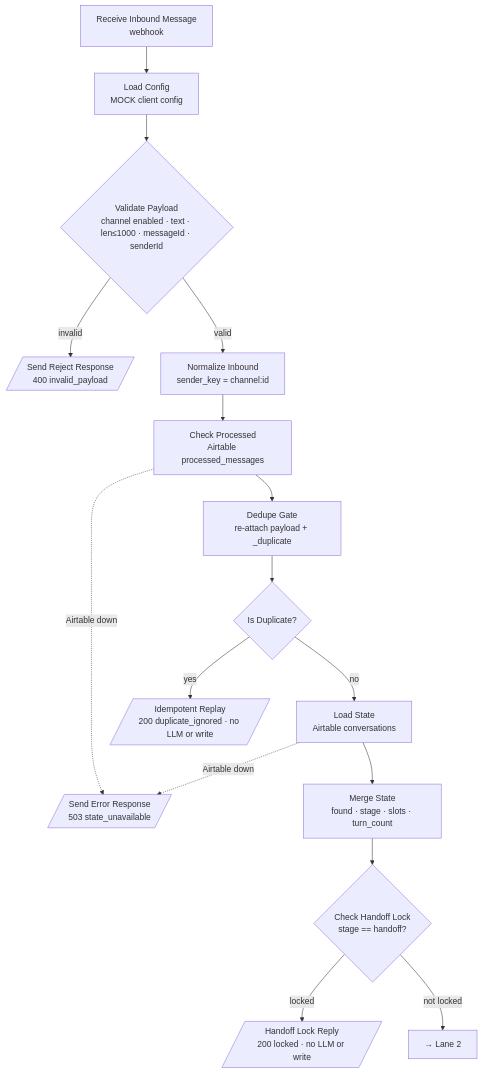
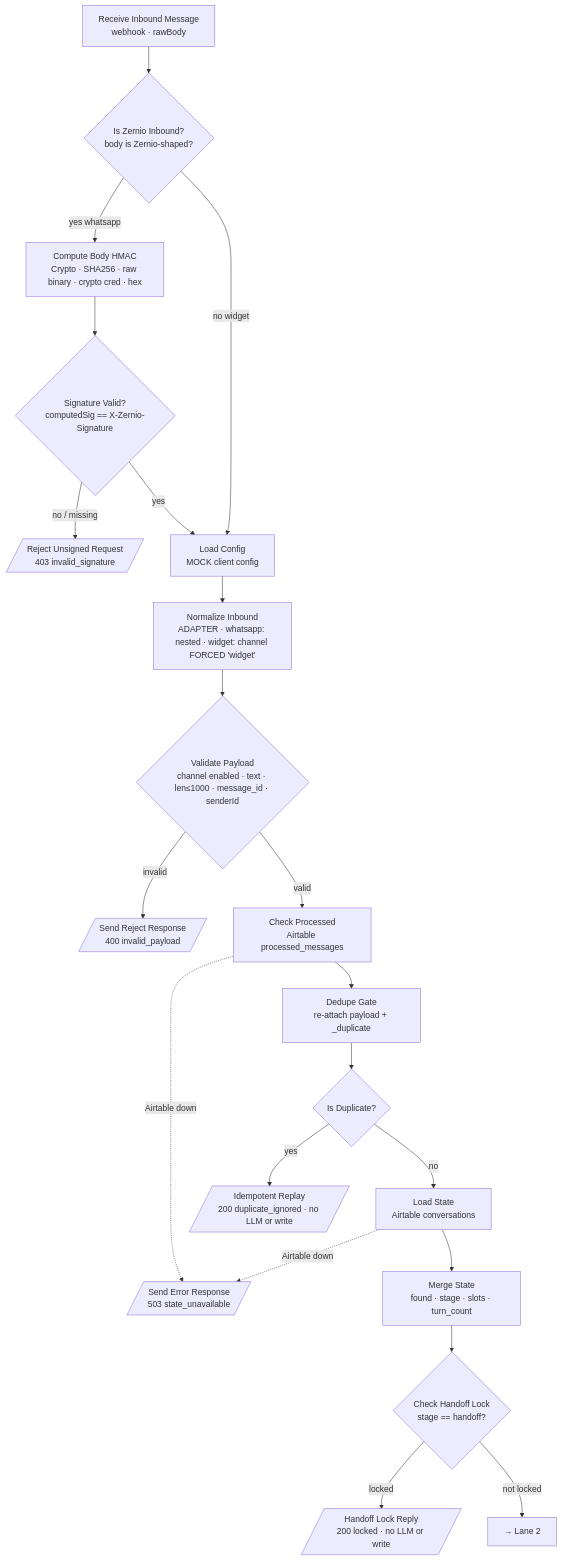
The second of 10 diagrams in docs/FLOW-DIAGRAM.md (Neeidy/salon-booking-bot), drawn with Mermaid before and after one commit. The commit also changed other lines of this file and 4 other files, not shown here.

````diff
--- a/docs/FLOW-DIAGRAM.md
+++ b/docs/FLOW-DIAGRAM.md
@@ -39,18 +39,23 @@
 ```mermaid
 flowchart TD
-  WH[Receive Inbound Message<br/>webhook] --> LC[Load Config<br/>MOCK client config]
-  LC --> VP{Validate Payload<br/>channel enabled · text · len≤1000 · messageId · senderId}
+  WH[Receive Inbound Message<br/>webhook · rawBody] --> IZ{Is Zernio Inbound?<br/>body is Zernio-shaped?}
+  IZ -->|yes whatsapp| HM[Compute Body HMAC<br/>Crypto · SHA256 · raw binary · crypto cred · hex]
+  HM --> SV{Signature Valid?<br/>computedSig == X-Zernio-Signature}
+  SV -->|no / missing| RU[/Reject Unsigned Request<br/>403 invalid_signature/]
+  SV -->|yes| LC[Load Config<br/>MOCK client config]
+  IZ -->|no widget| LC
+  LC --> NORM[Normalize Inbound<br/>ADAPTER · whatsapp: nested · widget: channel FORCED 'widget']
+  NORM --> VP{Validate Payload<br/>channel enabled · text · len≤1000 · message_id · senderId}
   VP -->|invalid| REJ[/Send Reject Response<br/>400 invalid_payload/]
-  VP -->|valid| NORM[Normalize Inbound<br/>sender_key = channel:id]
-  NORM --> CP[Check Processed<br/>Airtable processed_messages]
+  VP -->|valid| CP[Check Processed<br/>Airtable processed_messages]
   CP -.->|Airtable down| ERR[/Send Error Response<br/>503 state_unavailable/]
   CP --> DG[Dedupe Gate<br/>re-attach payload + _duplicate]
   DG --> ISD{Is Duplicate?}
   ISD -->|yes| REPLAY[/Idempotent Replay<br/>200 duplicate_ignored · no LLM or write/]
   ISD -->|no| LS[Load State<br/>Airtable conversations]
   LS -.->|Airtable down| ERR
   LS --> MS[Merge State<br/>found · stage · slots · turn_count]
   MS --> CHL{Check Handoff Lock<br/>stage == handoff?}
   CHL -->|locked| LOCK[/Handoff Lock Reply<br/>200 locked · no LLM or write/]
   CHL -->|not locked| G[→ Lane 2]
 ```
````
